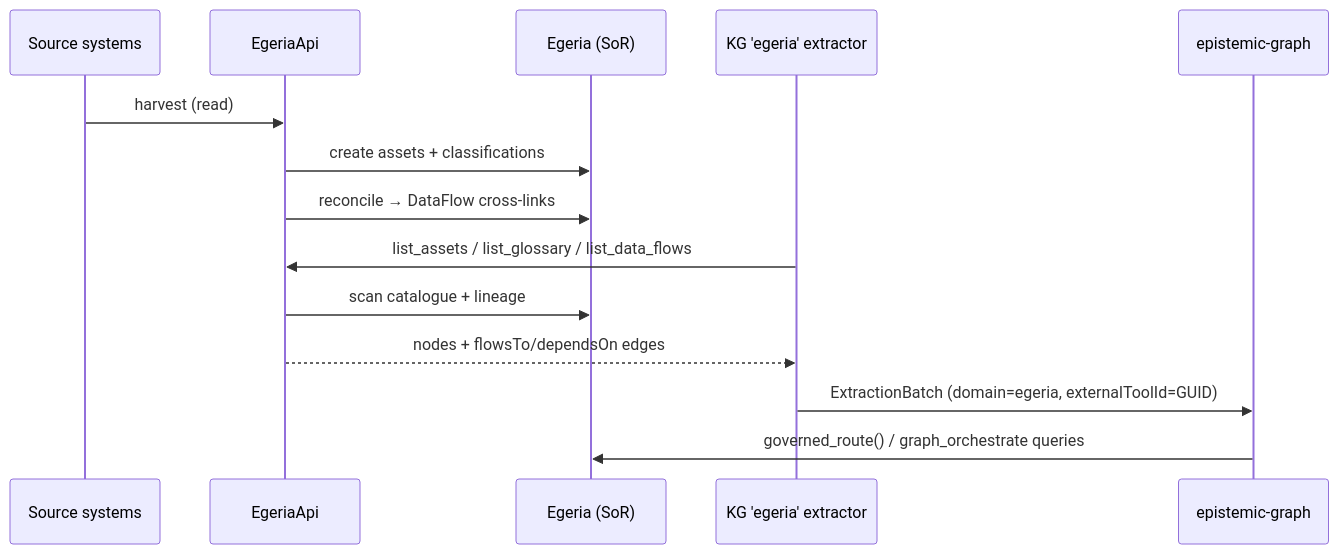
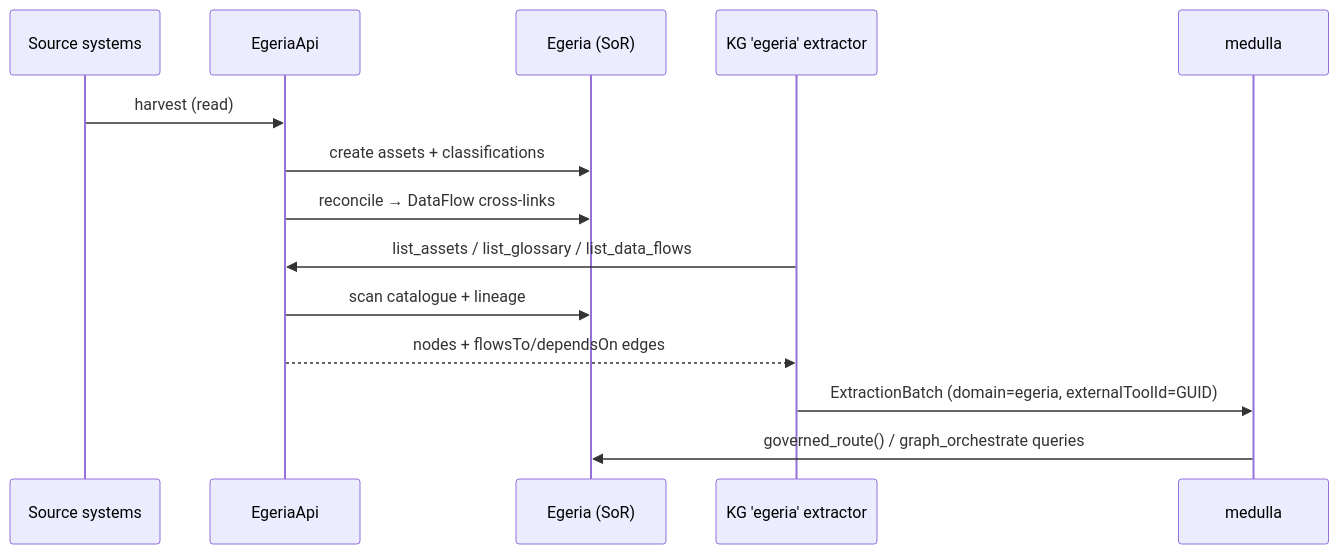
One commit to Knuckles-Team/egeria-mcp changed the fourth of 4 diagrams in docs/architecture.md. Above: the diagram before and after it, drawn with Mermaid. The commit also changed other lines of this file and 28 other files, not shown here.

````diff
--- a/docs/architecture.md
+++ b/docs/architecture.md
@@ -75,17 +75,17 @@
 ```mermaid
 sequenceDiagram
     participant SRC as Source systems
     participant API as EgeriaApi
     participant EG as Egeria (SoR)
     participant EXT as KG 'egeria' extractor
-    participant KG as epistemic-graph
+    participant KG as medulla
 
     SRC->>API: harvest (read)
     API->>EG: create assets + classifications
     API->>EG: reconcile → DataFlow cross-links
     EXT->>API: list_assets / list_glossary / list_data_flows
     API->>EG: scan catalogue + lineage
     API-->>EXT: nodes + flowsTo/dependsOn edges
     EXT->>KG: ExtractionBatch (domain=egeria, externalToolId=GUID)
     KG->>EG: governed_route() / graph_orchestrate queries
 ```
````
